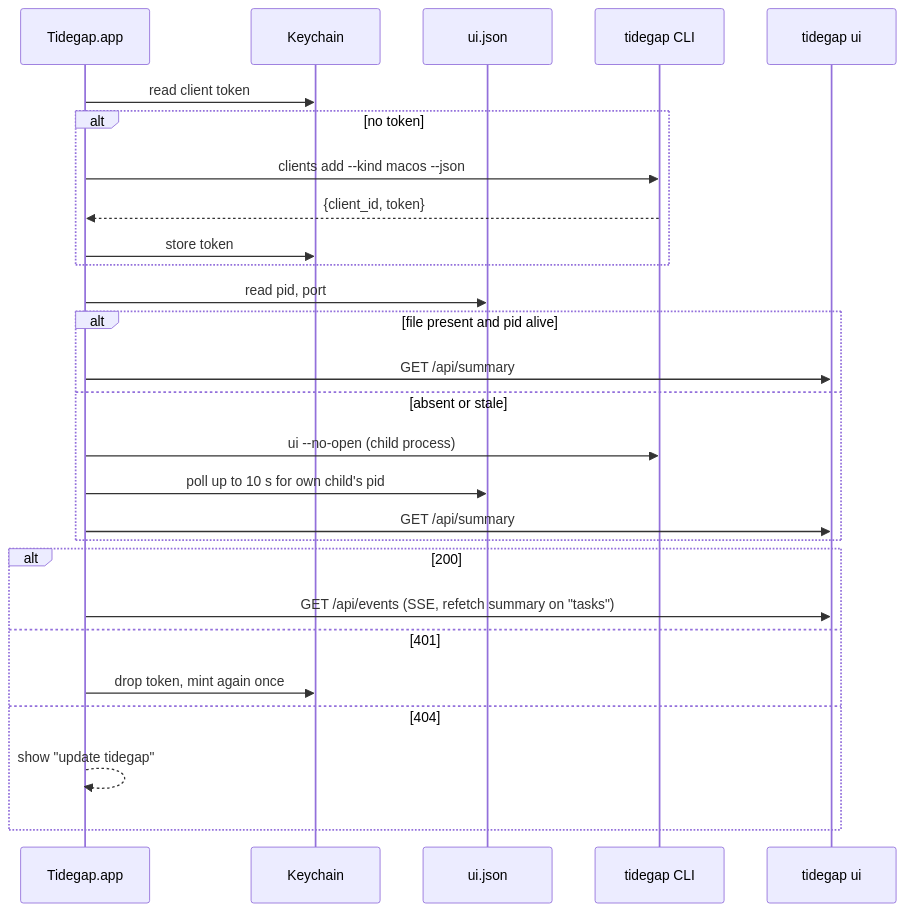
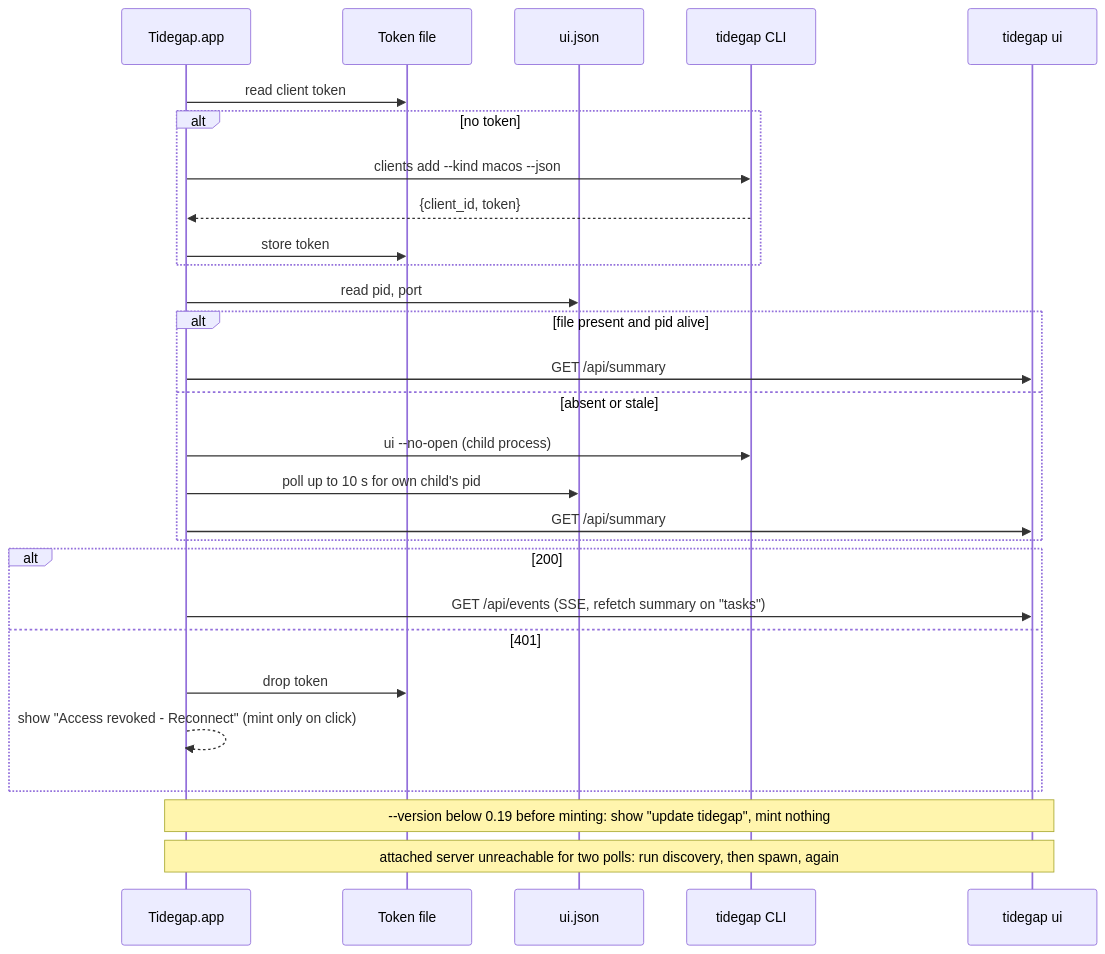
The second of 3 diagrams in docs/plans/2026-10-17-0647-feat-native-clients-plan.md (Vitalini/ebb-ai), drawn with Mermaid before and after one commit. The commit also changed other lines of this file, not shown here.

````diff
--- a/docs/plans/2026-10-17-0647-feat-native-clients-plan.md
+++ b/docs/plans/2026-10-17-0647-feat-native-clients-plan.md
@@ -178,29 +185,30 @@
 ```mermaid
 sequenceDiagram
   participant A as Tidegap.app
-  participant K as Keychain
+  participant K as Token file
   participant F as ui.json
   participant C as tidegap CLI
   participant S as tidegap ui
   A->>K: read client token
   alt no token
     A->>C: clients add --kind macos --json
     C-->>A: {client_id, token}
     A->>K: store token
   end
   A->>F: read pid, port
   alt file present and pid alive
     A->>S: GET /api/summary
   else absent or stale
     A->>C: ui --no-open (child process)
     A->>F: poll up to 10 s for own child's pid
     A->>S: GET /api/summary
   end
   alt 200
     A->>S: GET /api/events (SSE, refetch summary on "tasks")
   else 401
-    A->>K: drop token, mint again once
-  else 404
-    A-->>A: show "update tidegap"
+    A->>K: drop token
+    A-->>A: show "Access revoked - Reconnect" (mint only on click)
   end
+  Note over A,S: --version below 0.19 before minting: show "update tidegap", mint nothing
+  Note over A,S: attached server unreachable for two polls: run discovery, then spawn, again
 ```
````
